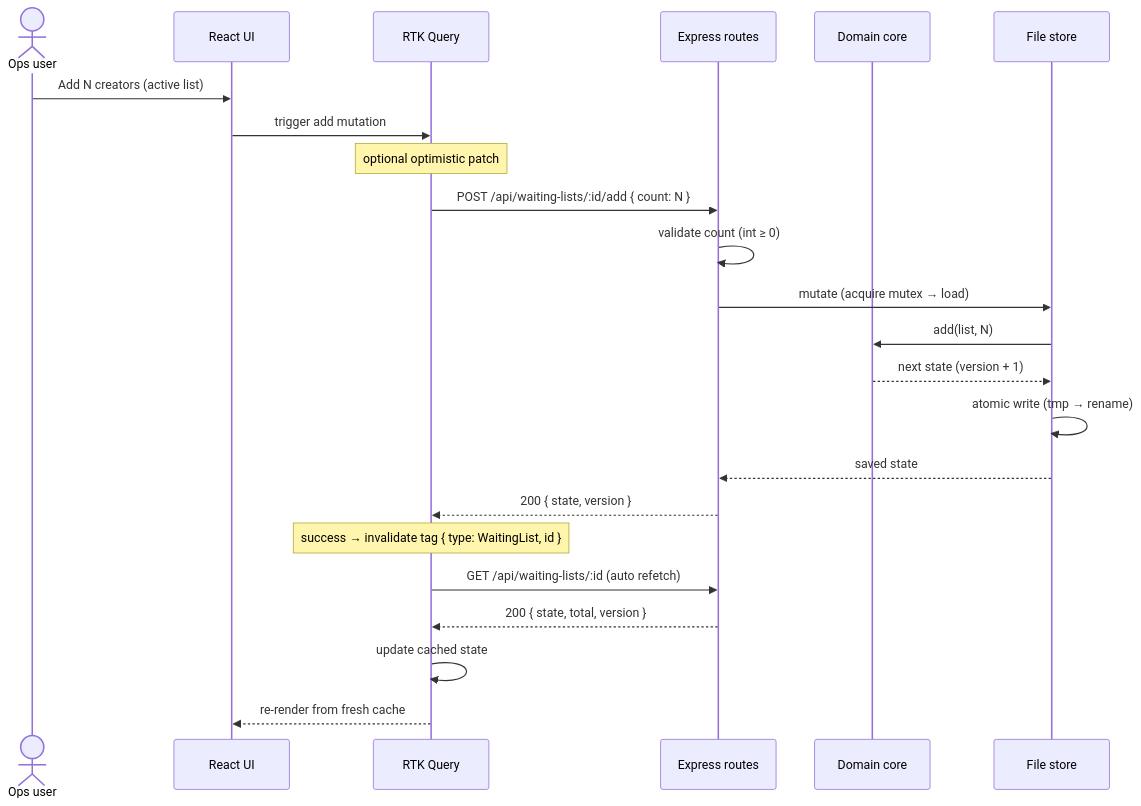
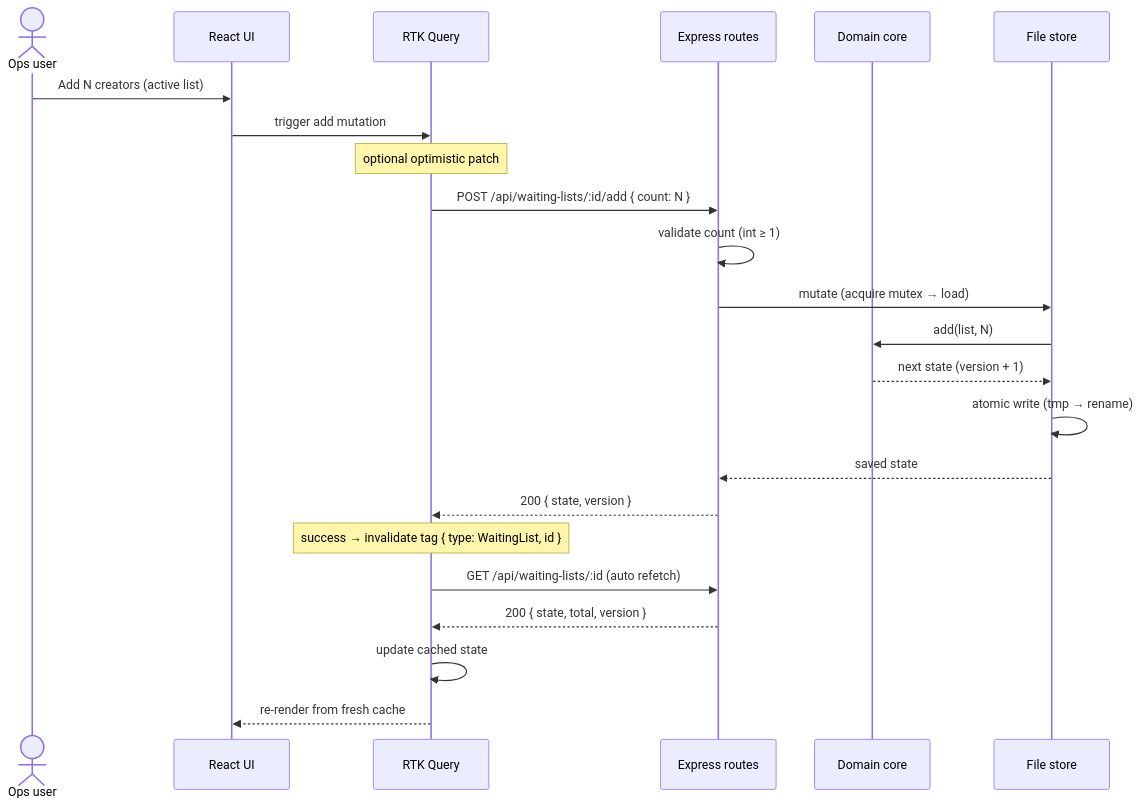
One commit to anch09/cohort-waiting-list changed the second of 6 diagrams in docs/architecture.md. Above: the diagram before and after it, drawn with Mermaid. The commit also changed other lines of this file and 3 other files, not shown here.

````diff
--- a/docs/architecture.md
+++ b/docs/architecture.md
@@ -74,26 +74,26 @@
 ```mermaid
 sequenceDiagram
   actor U as Ops user
   participant UI as React UI
   participant Q as RTK Query
   participant API as Express routes
   participant D as Domain core
   participant S as File store
 
   U->>UI: Add N creators (active list)
   UI->>Q: trigger add mutation
   Note over Q: optional optimistic patch
   Q->>API: POST /api/waiting-lists/:id/add { count: N }
-  API->>API: validate count (int ≥ 0)
+  API->>API: validate count (int ≥ 1)
   API->>S: mutate (acquire mutex → load)
   S->>D: add(list, N)
   D-->>S: next state (version + 1)
   S->>S: atomic write (tmp → rename)
   S-->>API: saved state
   API-->>Q: 200 { state, version }
   Note over Q: success → invalidate tag { type: WaitingList, id }
   Q->>API: GET /api/waiting-lists/:id  (auto refetch)
   API-->>Q: 200 { state, total, version }
   Q->>Q: update cached state
   Q-->>UI: re-render from fresh cache
 ```
````
